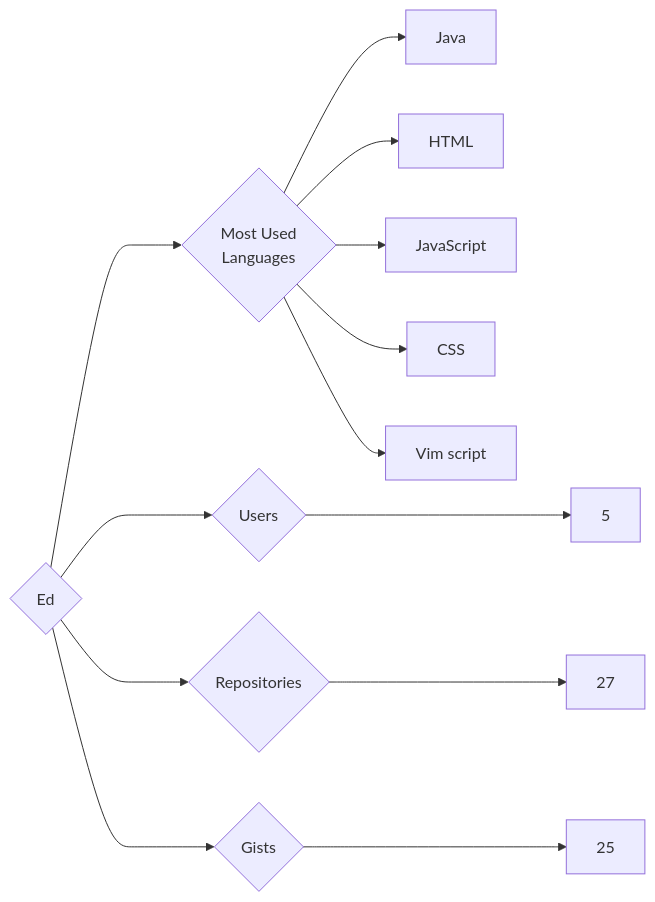
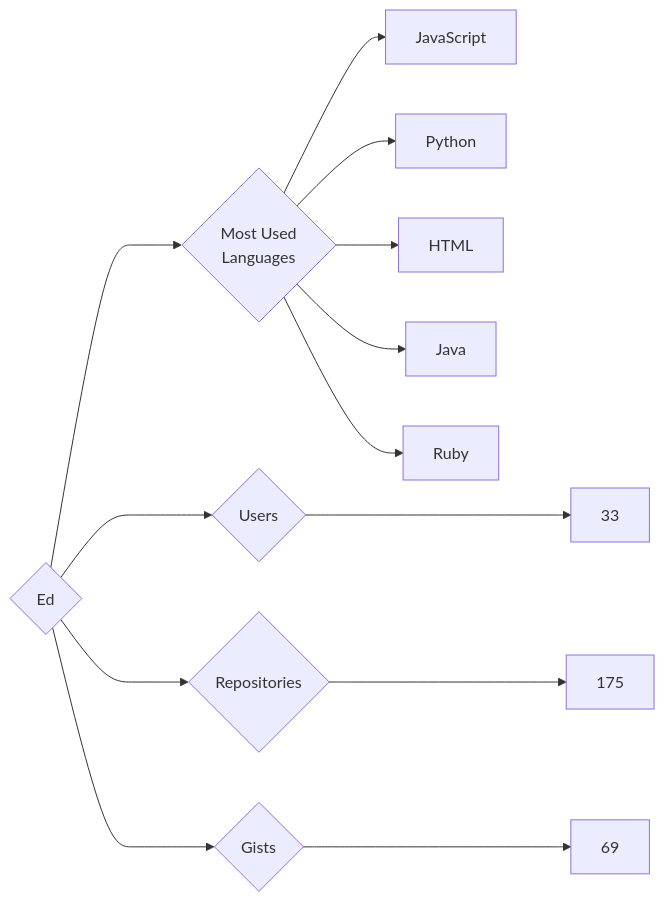
One commit to trickest/insiders changed the diagram in targets/Ed/README.md. Above: the diagram before and after it, drawn with Mermaid. The commit also changed 894 other files, not shown here.

````diff
--- a/targets/Ed/README.md
+++ b/targets/Ed/README.md
@@ -3,13 +3,13 @@
 ```mermaid
 graph LR
 COMPANY_NAME{Ed}
-COMPANY_NAME ---> U{Users} ---> UN[5]
-COMPANY_NAME ---> R{Repositories} ---> RN[27]
-COMPANY_NAME ---> G{Gists} ---> GN[25]
+COMPANY_NAME ---> U{Users} ---> UN[33]
+COMPANY_NAME ---> R{Repositories} ---> RN[175]
+COMPANY_NAME ---> G{Gists} ---> GN[69]
 COMPANY_NAME ---> ML{Most Used<br>Languages}
+ML --> JavaScript[JavaScript]
+ML --> Python[Python]
+ML --> HTML[HTML]
 ML --> Java[Java]
-ML --> HTML[HTML]
-ML --> JavaScript[JavaScript]
-ML --> CSS[CSS]
-ML --> Vim_script[Vim script]
+ML --> Ruby[Ruby]
 ```
````
